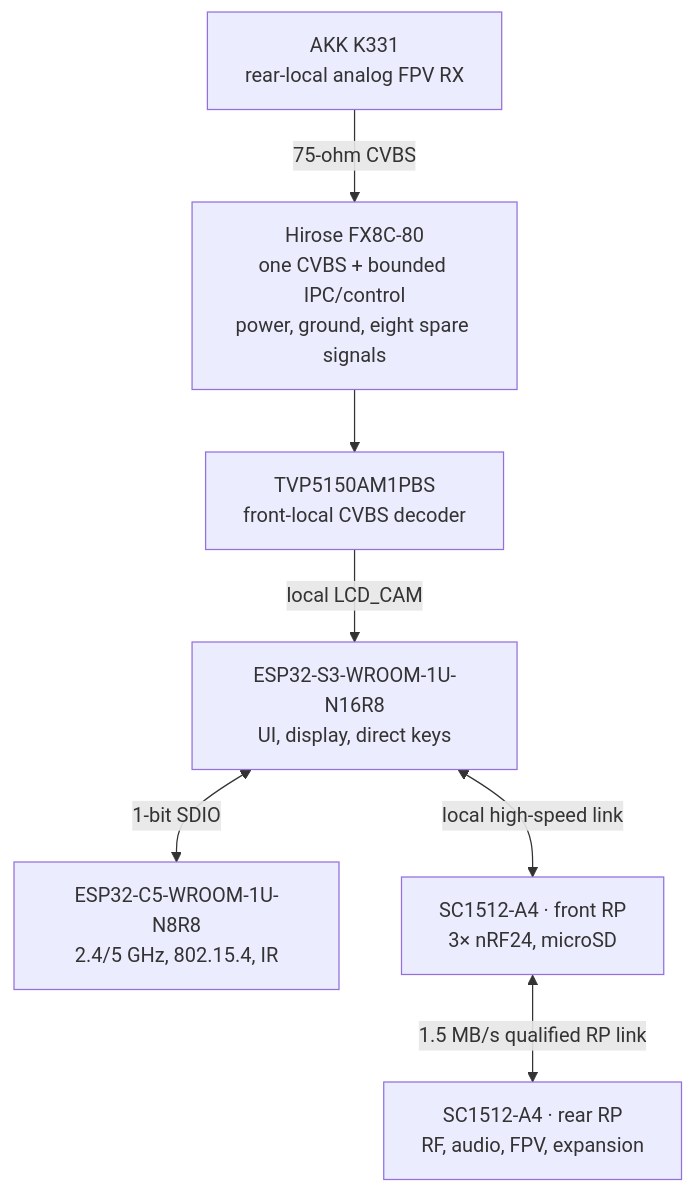
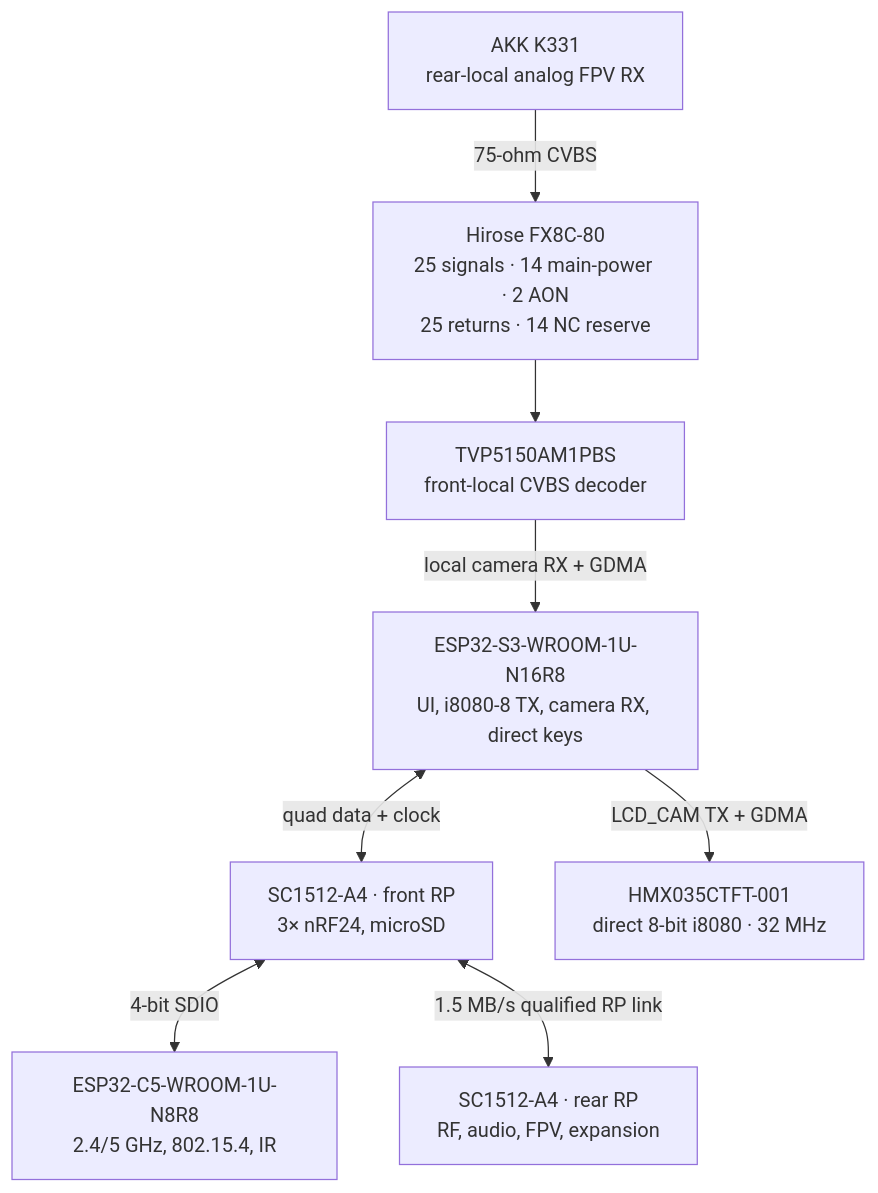
The diagram in docs/schematics.md (anton-vinogradov/esp32-leshy2), drawn with Mermaid before and after one commit. The commit also changed other lines of this file and 43 other files, not shown here.

````diff
--- a/docs/schematics.md
+++ b/docs/schematics.md
@@ -23,17 +23,19 @@
 ```mermaid
 flowchart TD
-  S3["ESP32-S3-WROOM-1U-N16R8<br/>UI, display, direct keys"]
+  S3["ESP32-S3-WROOM-1U-N16R8<br/>UI, i8080-8 TX, camera RX, direct keys"]
   C5["ESP32-C5-WROOM-1U-N8R8<br/>2.4/5 GHz, 802.15.4, IR"]
   FRP["SC1512-A4 · front RP<br/>3× nRF24, microSD"]
   RRP["SC1512-A4 · rear RP<br/>RF, audio, FPV, expansion"]
   TVP["TVP5150AM1PBS<br/>front-local CVBS decoder"]
   K331["AKK K331<br/>rear-local analog FPV RX"]
-  M1["Hirose FX8C-80<br/>one CVBS + bounded IPC/control<br/>power, ground, eight spare signals"]
+  LCD["HMX035CTFT-001<br/>direct 8-bit i8080 · 32 MHz"]
+  M1["Hirose FX8C-80<br/>25 signals · 14 main-power · 2 AON<br/>25 returns · 14 NC reserve"]
 
-  S3 <-->|"1-bit SDIO"| C5
-  S3 <-->|"local high-speed link"| FRP
+  S3 -->|"LCD_CAM TX + GDMA"| LCD
+  S3 <-->|"quad data + clock"| FRP
+  FRP <-->|"4-bit SDIO"| C5
   FRP <-->|"1.5 MB/s qualified RP link"| RRP
   K331 -->|"75-ohm CVBS"| M1
   M1 --> TVP
-  TVP -->|"local LCD_CAM"| S3
+  TVP -->|"local camera RX + GDMA"| S3
 ```
````
